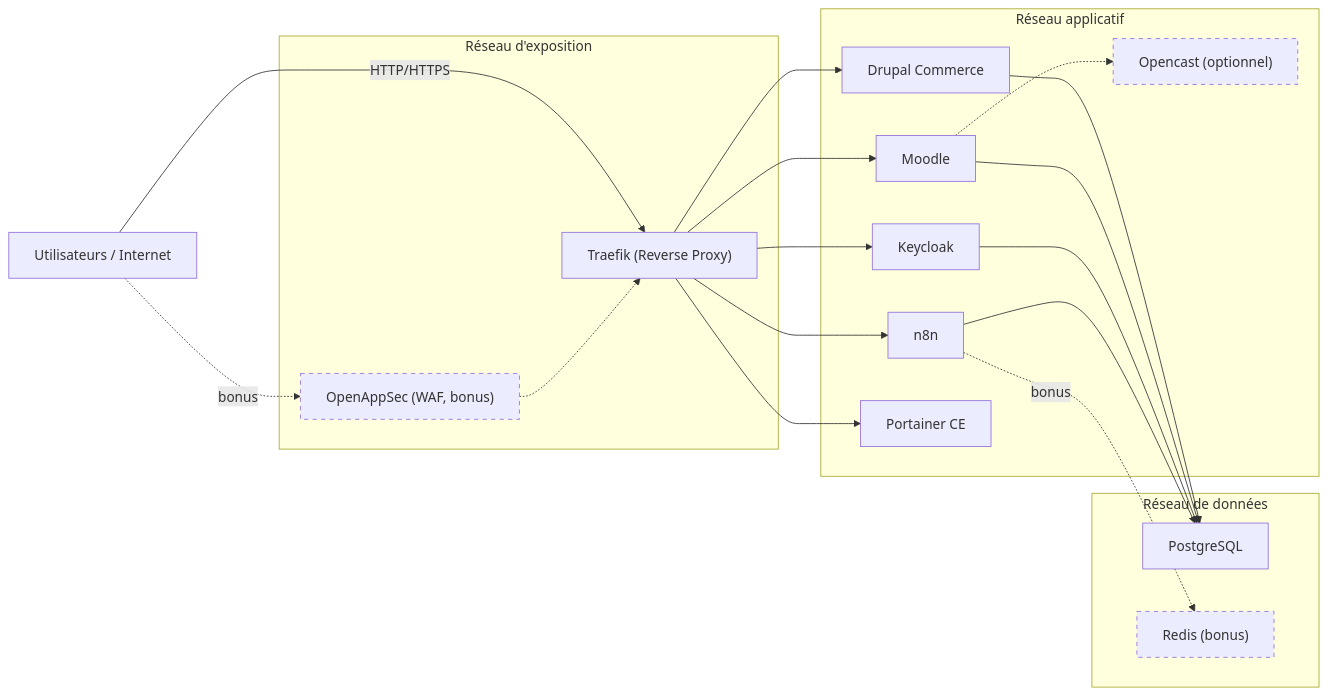
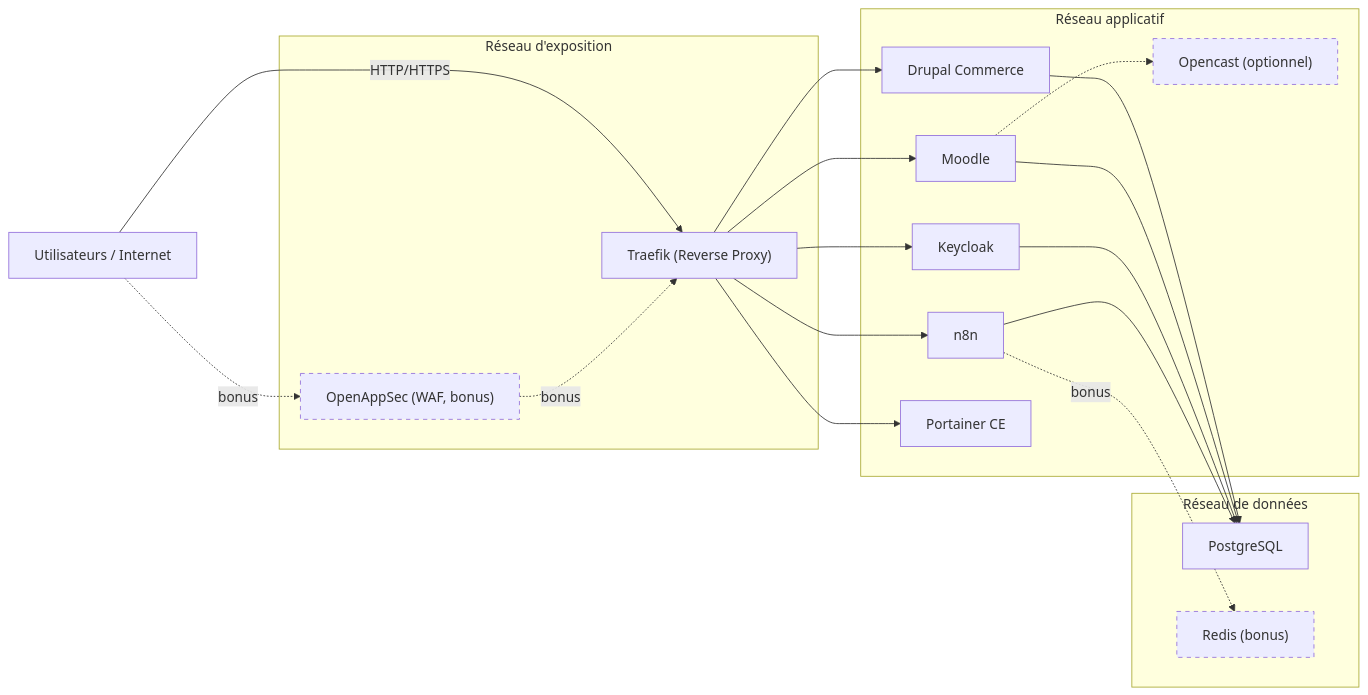
Before and after one commit to 20GHhub19/CR465-travail-de-session: the first of 3 diagrams in gitbook/05-exigences-techniques.md, drawn with Mermaid. The commit also changed other lines of this file and 3 other files, not shown here.

First line of the commit message:
docs: fix mermaid syntax compatibility, sync xlsx grille with consolidated md

````diff
--- a/gitbook/05-exigences-techniques.md
+++ b/gitbook/05-exigences-techniques.md
@@ -62,41 +62,42 @@
 ```mermaid
 flowchart LR
     Internet["Utilisateurs / Internet"]
 
     subgraph Exposition["Réseau d'exposition"]
         Proxy["Traefik (Reverse Proxy)"]
         WAF["OpenAppSec (WAF, bonus)"]
     end
 
     subgraph Applicatif["Réseau applicatif"]
         Drupal["Drupal Commerce"]
         Moodle["Moodle"]
         Keycloak["Keycloak"]
         N8N["n8n"]
         Portainer["Portainer CE"]
         Opencast["Opencast (optionnel)"]
     end
 
     subgraph Donnees["Réseau de données"]
         Postgres["PostgreSQL"]
         Redis["Redis (bonus)"]
     end
 
     Internet -->|"HTTP/HTTPS"| Proxy
-    Internet -.->|"bonus"| WAF -.-> Proxy
+    Internet -.->|"bonus"| WAF
+    WAF -.->|"bonus"| Proxy
     Proxy --> Drupal
     Proxy --> Moodle
     Proxy --> Keycloak
     Proxy --> N8N
     Proxy --> Portainer
 
     Drupal --> Postgres
     Moodle --> Postgres
     Keycloak --> Postgres
     N8N --> Postgres
     N8N -.->|"bonus"| Redis
     Moodle -.-> Opencast
 
     classDef optional stroke-dasharray:5,5;
     class WAF,Opencast,Redis optional;
 ```
````
